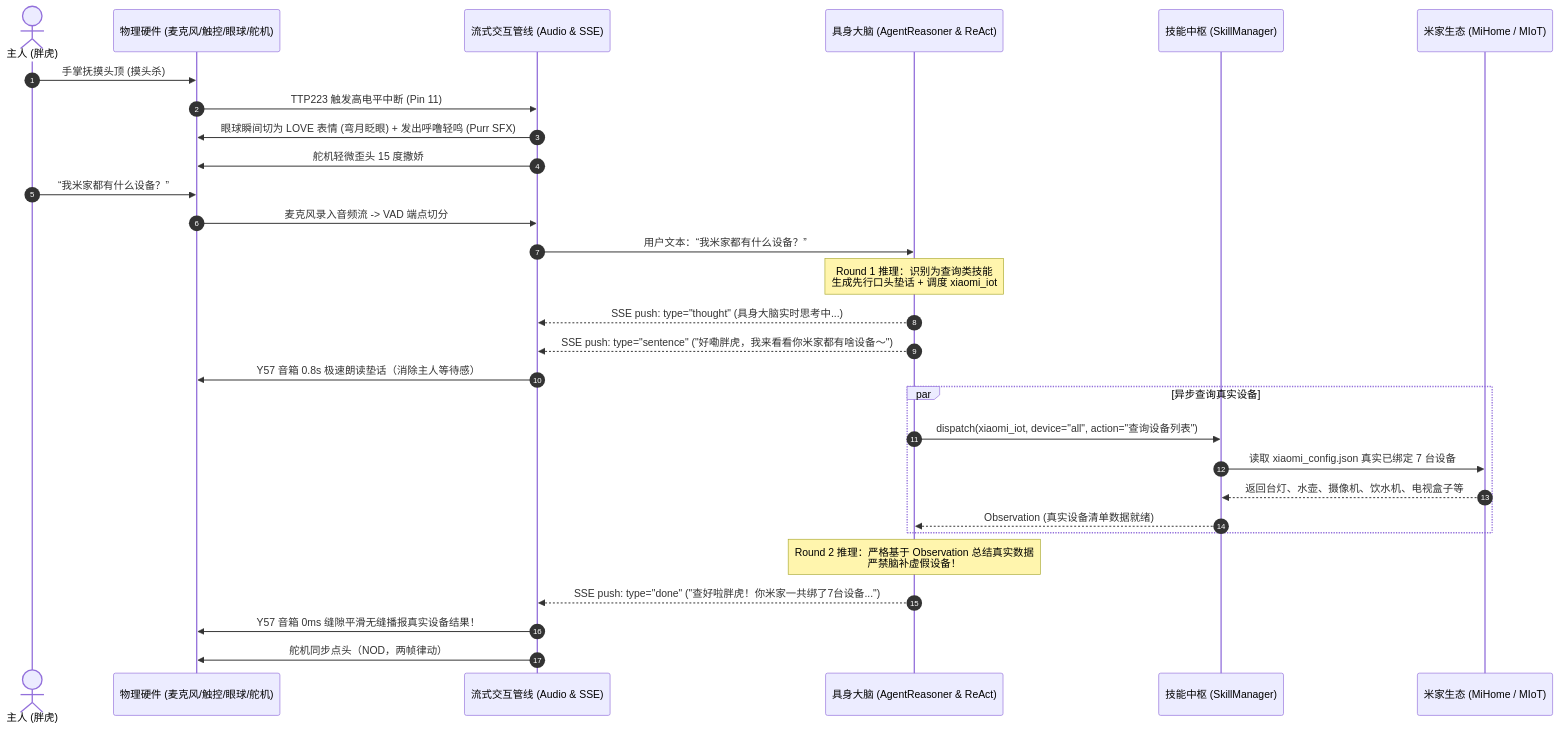
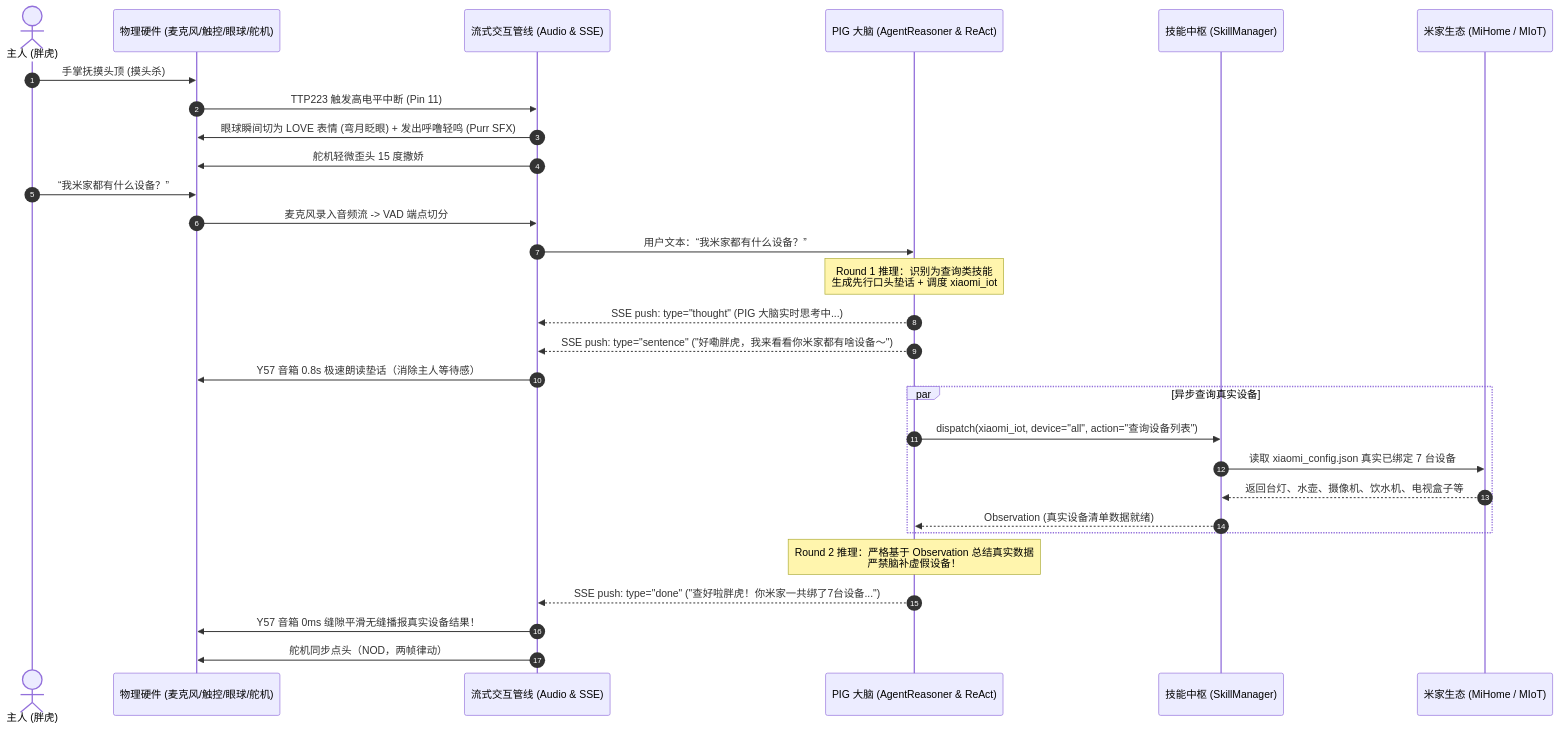
One commit to Yugle/PIG changed the second of 3 diagrams in README.md. Above: the diagram before and after it, drawn with Mermaid. The commit also changed other lines of this file and 41 other files, not shown here.

````diff
--- a/README.md
+++ b/README.md
@@ -148,38 +148,38 @@
 ```mermaid
 sequenceDiagram
     autonumber
     actor User as 主人 (胖虎)
     participant HW as 物理硬件 (麦克风/触控/眼球/舵机)
     participant Pipeline as 流式交互管线 (Audio & SSE)
-    participant Brain as 具身大脑 (AgentReasoner & ReAct)
+    participant Brain as PIG 大脑 (AgentReasoner & ReAct)
     participant Skill as 技能中枢 (SkillManager)
     participant IoT as 米家生态 (MiHome / MIoT)
 
     %% 场景 1：触控抚摸
     User->>HW: 手掌抚摸头顶 (摸头杀)
     HW->>Pipeline: TTP223 触发高电平中断 (Pin 11)
     Pipeline->>HW: 眼球瞬间切为 LOVE 表情 (弯月眨眼) + 发出呼噜轻鸣 (Purr SFX)
     Pipeline->>HW: 舵机轻微歪头 15 度撒娇
 
     %% 场景 2：语音指令查询与控制
     User->>HW: “我米家都有什么设备？”
     HW->>Pipeline: 麦克风录入音频流 -> VAD 端点切分
     Pipeline->>Brain: 用户文本：“我米家都有什么设备？”
     
     Note over Brain: Round 1 推理：识别为查询类技能<br/>生成先行口头垫话 + 调度 xiaomi_iot
-    Brain-->>Pipeline: SSE push: type="thought" (具身大脑实时思考中...)
+    Brain-->>Pipeline: SSE push: type="thought" (PIG 大脑实时思考中...)
     Brain-->>Pipeline: SSE push: type="sentence" ("好嘞胖虎，我来看看你米家都有啥设备～")
     Pipeline->>HW: Y57 音箱 0.8s 极速朗读垫话（消除主人等待感）
 
     par 异步查询真实设备
         Brain->>Skill: dispatch(xiaomi_iot, device="all", action="查询设备列表")
         Skill->>IoT: 读取 xiaomi_config.json 真实已绑定 7 台设备
         IoT-->>Skill: 返回台灯、水壶、摄像机、饮水机、电视盒子等
         Skill-->>Brain: Observation (真实设备清单数据就绪)
     end
 
     Note over Brain: Round 2 推理：严格基于 Observation 总结真实数据<br/>严禁脑补虚假设备！
     Brain-->>Pipeline: SSE push: type="done" ("查好啦胖虎！你米家一共绑了7台设备...")
     Pipeline->>HW: Y57 音箱 0ms 缝隙平滑无缝播报真实设备结果！
     Pipeline->>HW: 舵机同步点头（NOD，两帧律动）
 ```
````
